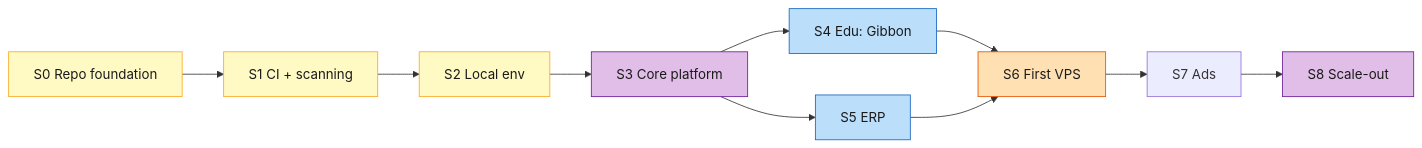
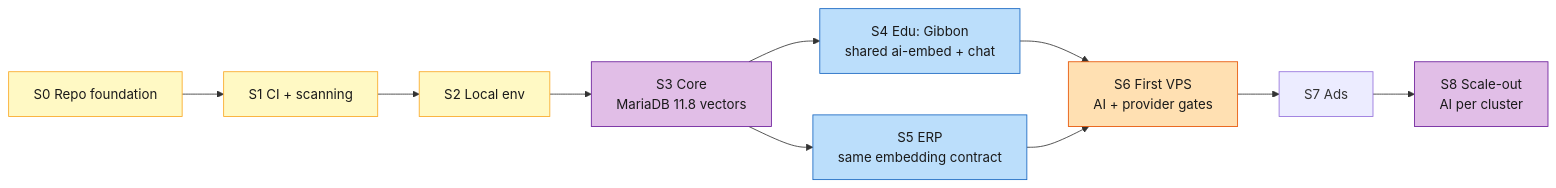
Diagram 24 of 24 in master-plan.md (varunpathania86/nigu-lite), drawn with Mermaid before and after one commit. The commit also changed other lines of this file and 91 other files, not shown here.

````diff
--- a/master-plan.md
+++ b/master-plan.md
@@ -1784,15 +1930,15 @@
 ```mermaid
 flowchart LR
-  S0["S0 Repo foundation"] --> S1["S1 CI + scanning"] --> S2["S2 Local env"] --> S3["S3 Core platform"]
-  S3 --> S4["S4 Edu: Gibbon"]
-  S3 --> S5["S5 ERP"]
-  S4 & S5 --> S6["S6 First VPS"] --> S7["S7 Ads"] --> S8["S8 Scale-out"]
+  S0["S0 Repo foundation"] --> S1["S1 CI + scanning"] --> S2["S2 Local env"] --> S3["S3 Core<br/>MariaDB 11.8 vectors"]
+  S3 --> S4["S4 Edu: Gibbon<br/>shared ai-embed + chat"]
+  S3 --> S5["S5 ERP<br/>same embedding contract"]
+  S4 & S5 --> S6["S6 First VPS<br/>AI + provider gates"] --> S7["S7 Ads"] --> S8["S8 Scale-out<br/>AI per cluster"]
   class S6 edge
   class S4,S5 app
   class S3,S8 core
   class S0,S1,S2 tool
   classDef edge fill:#ffe0b2,stroke:#e65100,color:#1a1a1a
   classDef app fill:#bbdefb,stroke:#1565c0,color:#1a1a1a
   classDef core fill:#e1bee7,stroke:#6a1b9a,color:#1a1a1a
   classDef tool fill:#fff9c4,stroke:#f9a825,color:#1a1a1a
 ```
````
